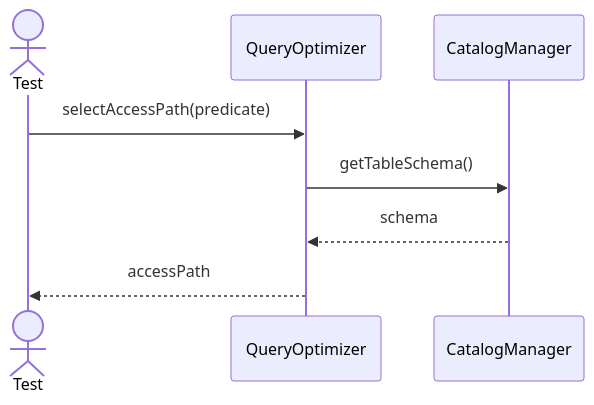
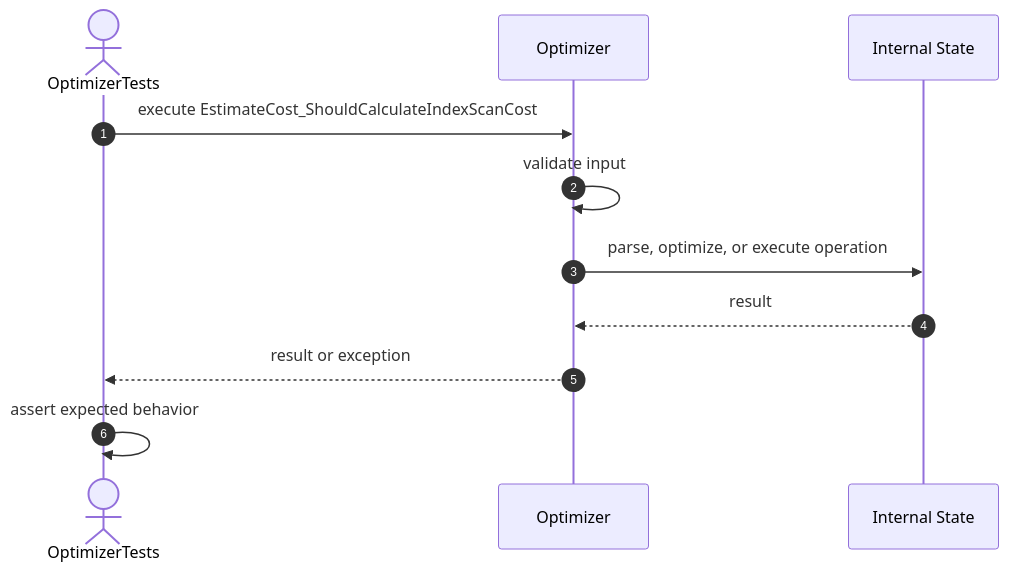
Before and after one commit to FhuAnn/-bbv-AN-s-DBMS: the eighth of 19 diagrams in src/tests/unit/query/sequences/query-optimizer-testing.se.md, drawn with Mermaid. The commit also changed other lines of this file and 36 other files, not shown here.

````diff
--- a/src/tests/unit/query/sequences/query-optimizer-testing.se.md
+++ b/src/tests/unit/query/sequences/query-optimizer-testing.se.md
@@ -193,11 +132,14 @@
 ```mermaid
 sequenceDiagram
-actor Test
-participant QueryOptimizer
-participant CatalogManager
+    autonumber
+    actor Test as OptimizerTests
+    participant Target as Optimizer
+    participant Internal as Internal State
 
-Test->>QueryOptimizer: selectAccessPath(predicate)
-QueryOptimizer->>CatalogManager: getTableSchema()
-CatalogManager-->>QueryOptimizer: schema
-QueryOptimizer-->>Test: accessPath
+    Test->>Target: execute EstimateCost_ShouldCalculateIndexScanCost
+    Target->>Target: validate input
+    Target->>Internal: parse, optimize, or execute operation
+    Internal-->>Target: result
+    Target-->>Test: result or exception
+    Test->>Test: assert expected behavior
 ```
````
